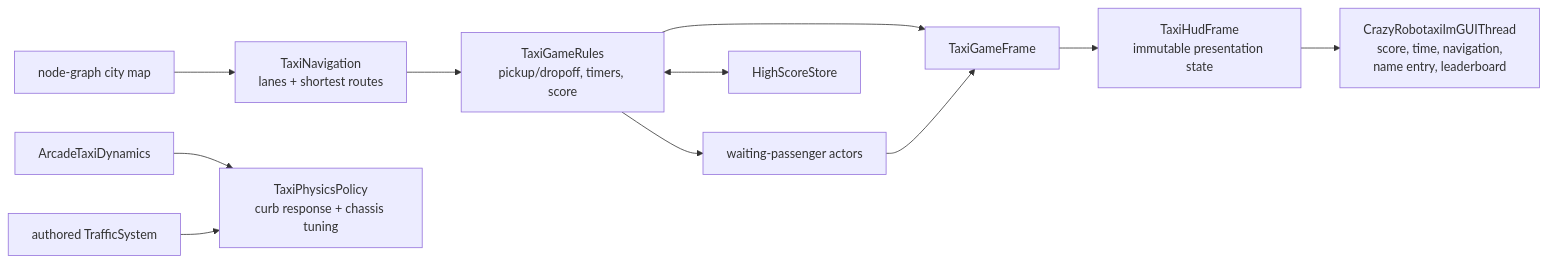
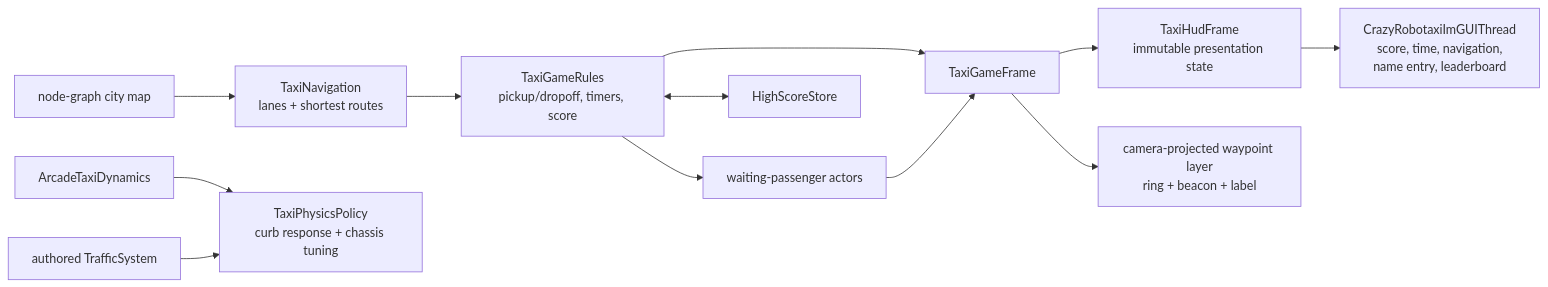
Before and after one commit to NVIDIA/flashdreams: the fourth of 5 diagrams in docs/design/crazy_robotaxi_v2_architecture.md, drawn with Mermaid. The commit also changed other lines of this file and 5 other files, not shown here.

````diff
--- a/docs/design/crazy_robotaxi_v2_architecture.md
+++ b/docs/design/crazy_robotaxi_v2_architecture.md
@@ -201,22 +207,24 @@
 ```mermaid
 flowchart LR
     MAP["node-graph city map"]
     NAV["TaxiNavigation<br/>lanes + shortest routes"]
     FARES["TaxiGameRules<br/>pickup/dropoff, timers, score"]
     TAXI["ArcadeTaxiDynamics"]
     TAXIPHYS["TaxiPhysicsPolicy<br/>curb response + chassis tuning"]
     TRAFFIC["authored TrafficSystem"]
     PASSENGERS["waiting-passenger actors"]
     SCORES["HighScoreStore"]
     FRAME["TaxiGameFrame"]
     HUDSTATE["TaxiHudFrame<br/>immutable presentation state"]
+    WAYPOINTS["camera-projected waypoint layer<br/>ring + beacon + label"]
     IMGUI["CrazyRobotaxiImGUIThread<br/>score, time, navigation,<br/>name entry, leaderboard"]
 
     MAP --> NAV --> FARES
     TAXI --> TAXIPHYS
     TRAFFIC --> TAXIPHYS
     FARES --> PASSENGERS
     FARES <--> SCORES
     FARES --> FRAME --> HUDSTATE --> IMGUI
+    FRAME --> WAYPOINTS
     PASSENGERS --> FRAME
 ```
````
